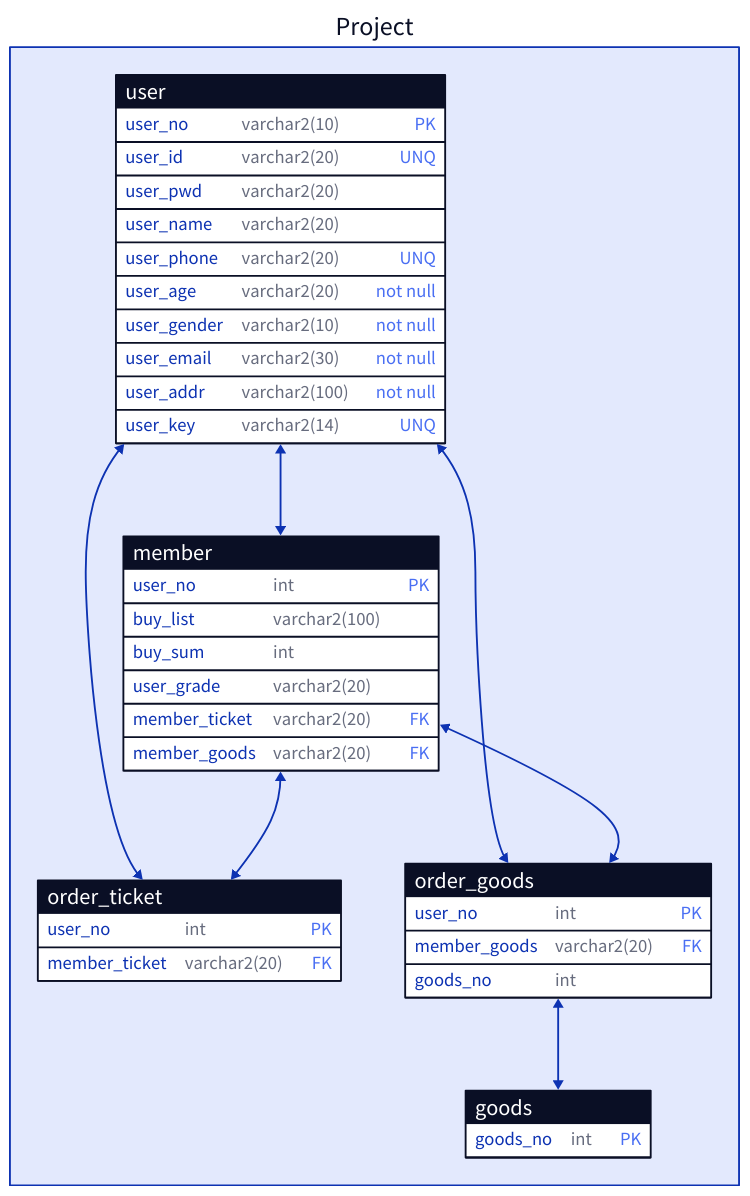
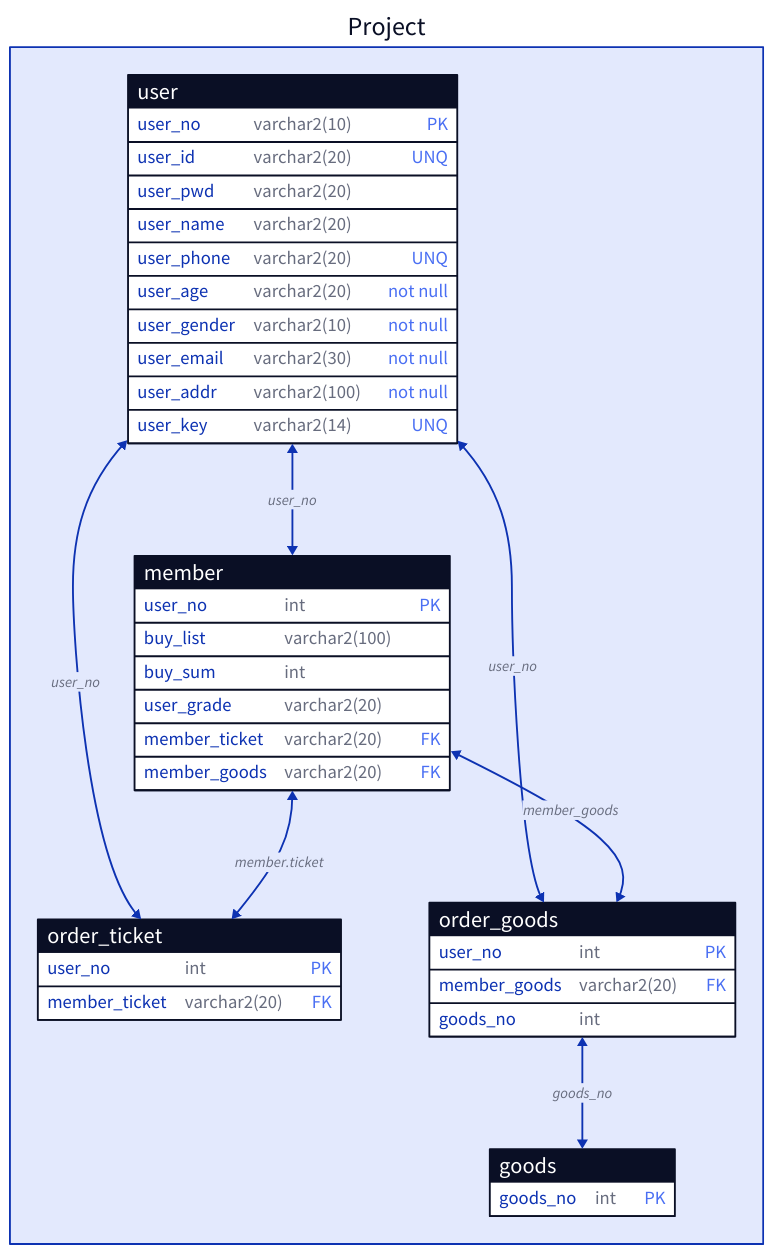
Before and after one commit to impwy/Test: the diagram in entyti.d2, drawn with D2. The commit also changed 1 other file, not shown here.

```diff
--- a/entyti.d2
+++ b/entyti.d2
@@ -1,56 +1,62 @@
+
+
 Project:{
+    
     
     """ 멤버쉽 테이블 """
     member:{
         shape:sql_table
         
         user_no:int{constraint:primary_key}
         buy_list:varchar2(100)
         buy_sum:int
         user_grade:varchar2(20)
         member_ticket:varchar2(20){constraint:foreign_key}
         member_goods:varchar2(20){constraint:foreign_key}
         
+        
     }
+    
     """ 회원 테이블 """
     user:{
         shape:sql_table
         
         user_no:varchar2(10){constraint:primary_key}
         user_id:varchar2(20){constraint:unique}
         user_pwd:varchar2(20)
         user_name:varchar2(20)
         user_phone:varchar2(20){constraint:unique}
         user_age:varchar2(20){constraint:not null}
         user_gender:varchar2(10){constraint:not null}
         user_email:varchar2(30){constraint:not null}
         user_addr:varchar2(100){constraint:not null}
         user_key:varchar2(14){constraint:unique}
 
     }
     order_ticket:{
         shape:sql_table
 
         user_no:int{constraint:primary_key}
         member_ticket:varchar2(20){constraint:foreign_key}
     }
     order_goods:{
         shape:sql_table
 
         user_no:int{constraint:primary_key}
         member_goods:varchar2(20){constraint:foreign_key}
         goods_no:int
     }
     goods{
         shape:sql_table
         goods_no:int{constraint:primary_key}
     }
-    user.user_no <-> member.user_no
-    user.user_no <-> order_ticket.user_no
-    user.user_no <-> order_goods.user_no
+    user.user_no <-> member.user_no : user_no
+    user.user_no <-> order_ticket.user_no : user_no
+    user.user_no <-> order_goods.user_no : user_no
 
-    member.member_goods <-> order_goods.member_goods
-    member.member_ticket <-> order_ticket.member_ticket
+    member.member_goods <-> order_goods.member_goods :member_goods
+    member.member_ticket <-> order_ticket.member_ticket : member.ticket
 
-    order_goods.goods_no <-> goods.goods_no
+    order_goods.goods_no <-> goods.goods_no :goods_no
+    
 }
```
